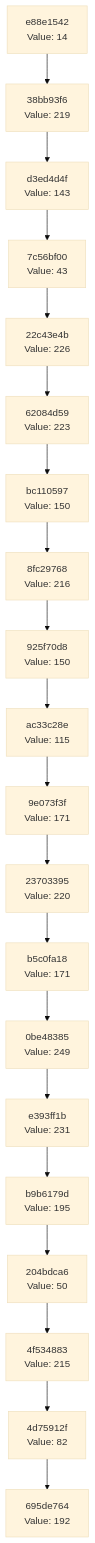
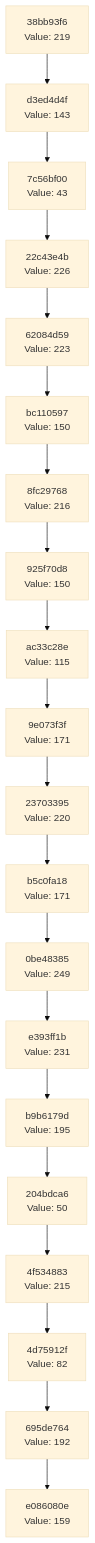
The diagram in docs/CHAIN_VISUALIZATION.md (Abhisheksinha1506/hash-chain-evolver), drawn with Mermaid (base theme) before and after one commit. The commit also changed 2 other files, not shown here.

Commit message:
Evolution Step

````diff
--- a/docs/CHAIN_VISUALIZATION.md
+++ b/docs/CHAIN_VISUALIZATION.md
@@ -3,42 +3,42 @@
 ```mermaid
 graph TD
-    C0["695de764<br/>Value: 192"]
-    C1["4d75912f<br/>Value: 82"]
+    C0["e086080e<br/>Value: 159"]
+    C1["695de764<br/>Value: 192"]
     C1 --> C0
-    C2["4f534883<br/>Value: 215"]
+    C2["4d75912f<br/>Value: 82"]
     C2 --> C1
-    C3["204bdca6<br/>Value: 50"]
+    C3["4f534883<br/>Value: 215"]
     C3 --> C2
-    C4["b9b6179d<br/>Value: 195"]
+    C4["204bdca6<br/>Value: 50"]
     C4 --> C3
-    C5["e393ff1b<br/>Value: 231"]
+    C5["b9b6179d<br/>Value: 195"]
     C5 --> C4
-    C6["0be48385<br/>Value: 249"]
+    C6["e393ff1b<br/>Value: 231"]
     C6 --> C5
-    C7["b5c0fa18<br/>Value: 171"]
+    C7["0be48385<br/>Value: 249"]
     C7 --> C6
-    C8["23703395<br/>Value: 220"]
+    C8["b5c0fa18<br/>Value: 171"]
     C8 --> C7
-    C9["9e073f3f<br/>Value: 171"]
+    C9["23703395<br/>Value: 220"]
     C9 --> C8
-    C10["ac33c28e<br/>Value: 115"]
+    C10["9e073f3f<br/>Value: 171"]
     C10 --> C9
-    C11["925f70d8<br/>Value: 150"]
+    C11["ac33c28e<br/>Value: 115"]
     C11 --> C10
-    C12["8fc29768<br/>Value: 216"]
+    C12["925f70d8<br/>Value: 150"]
     C12 --> C11
-    C13["bc110597<br/>Value: 150"]
+    C13["8fc29768<br/>Value: 216"]
     C13 --> C12
-    C14["62084d59<br/>Value: 223"]
+    C14["bc110597<br/>Value: 150"]
     C14 --> C13
-    C15["22c43e4b<br/>Value: 226"]
+    C15["62084d59<br/>Value: 223"]
     C15 --> C14
-    C16["7c56bf00<br/>Value: 43"]
+    C16["22c43e4b<br/>Value: 226"]
     C16 --> C15
-    C17["d3ed4d4f<br/>Value: 143"]
+    C17["7c56bf00<br/>Value: 43"]
     C17 --> C16
-    C18["38bb93f6<br/>Value: 219"]
+    C18["d3ed4d4f<br/>Value: 143"]
     C18 --> C17
-    C19["e88e1542<br/>Value: 14"]
+    C19["38bb93f6<br/>Value: 219"]
     C19 --> C18
 ```
````
